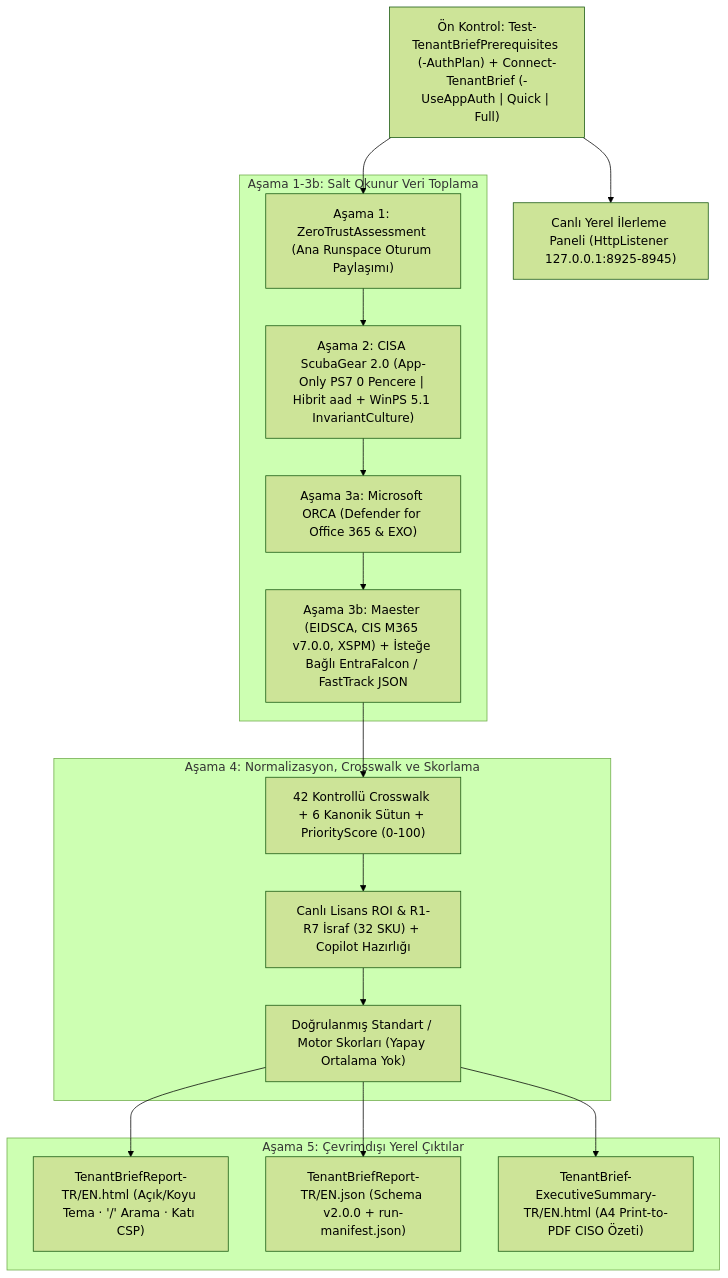
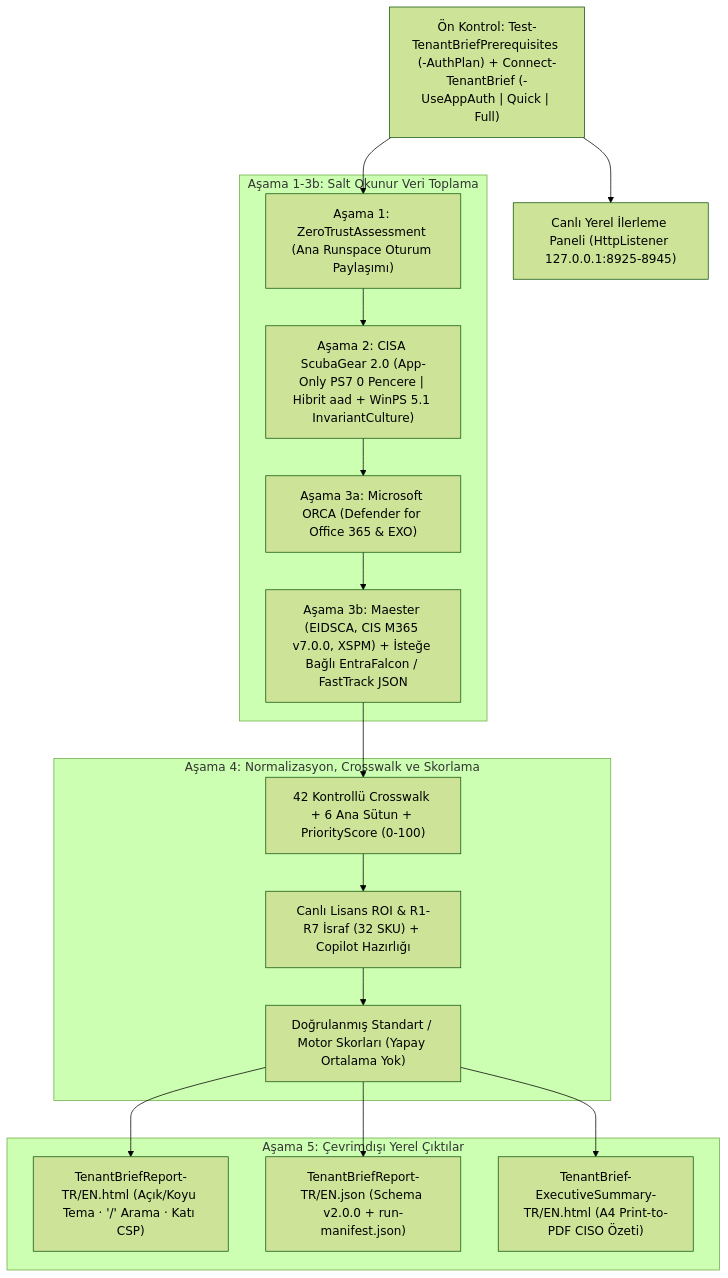
One commit to canercetinkaya/TenantBrief changed the diagram in README.md. Above: the diagram before and after it, drawn with Mermaid (forest theme). The commit also changed other lines of this file, not shown here.

Commit message:
docs(readme): replace kanonik with natural Turkish (ana guvenlik sutunu) (#30)

````diff
--- a/README.md
+++ b/README.md
@@ -92,30 +92,30 @@
 ```mermaid
 flowchart TB
     Pre["Ön Kontrol: Test-TenantBriefPrerequisites (-AuthPlan) + Connect-TenantBrief (-UseAppAuth | Quick | Full)"]
     Dash["Canlı Yerel İlerleme Paneli (HttpListener 127.0.0.1:8925-8945)"]
 
     subgraph Engines["Aşama 1-3b: Salt Okunur Veri Toplama"]
         S1["Aşama 1: ZeroTrustAssessment (Ana Runspace Oturum Paylaşımı)"]
         S2["Aşama 2: CISA ScubaGear 2.0 (App-Only PS7 0 Pencere | Hibrit aad + WinPS 5.1 InvariantCulture)"]
         S3["Aşama 3a: Microsoft ORCA (Defender for Office 365 & EXO)"]
         S3B["Aşama 3b: Maester (EIDSCA, CIS M365 v7.0.0, XSPM) + İsteğe Bağlı EntraFalcon / FastTrack JSON"]
     end
 
     subgraph Stage4["Aşama 4: Normalizasyon, Crosswalk ve Skorlama"]
-        Norm["42 Kontrollü Crosswalk + 6 Kanonik Sütun + PriorityScore (0-100)"]
+        Norm["42 Kontrollü Crosswalk + 6 Ana Sütun + PriorityScore (0-100)"]
         ROI["Canlı Lisans ROI & R1-R7 İsraf (32 SKU) + Copilot Hazırlığı"]
         Score["Doğrulanmış Standart / Motor Skorları (Yapay Ortalama Yok)"]
     end
 
     subgraph Stage5["Aşama 5: Çevrimdışı Yerel Çıktılar"]
         HTML["TenantBriefReport-TR/EN.html (Açık/Koyu Tema · '/' Arama · Katı CSP)"]
         JSON["TenantBriefReport-TR/EN.json (Schema v2.0.0 + run-manifest.json)"]
         PDF["TenantBrief-ExecutiveSummary-TR/EN.html (A4 Print-to-PDF CISO Özeti)"]
     end
 
     Pre --> Dash
     Pre --> S1 --> S2 --> S3 --> S3B
     S3B --> Norm --> ROI --> Score --> HTML
     Score --> JSON
     Score --> PDF
 ```
````
